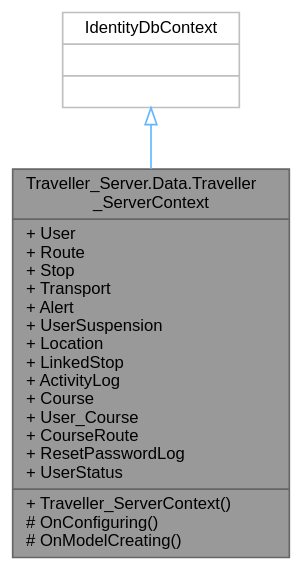
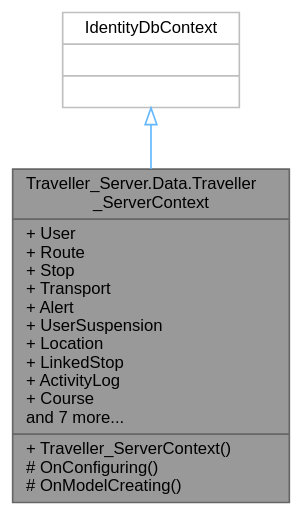
The diagram in Servidor/class_traveller___server_1_1_data_1_1_traveller___server_context__inherit__graph.dot (VenelinArgirov/manual-tecnico.github.io), drawn with Graphviz before and after one commit. The commit also changed 998 other files, not shown here.

```diff
--- a/Servidor/class_traveller___server_1_1_data_1_1_traveller___server_context__inherit__graph.dot
+++ b/Servidor/class_traveller___server_1_1_data_1_1_traveller___server_context__inherit__graph.dot
@@ -1,10 +1,10 @@
 digraph "Traveller_Server.Data.Traveller_ServerContext"
 {
  // LATEX_PDF_SIZE
   bgcolor="transparent";
   edge [fontname=Helvetica,fontsize=10,labelfontname=Helvetica,labelfontsize=10];
   node [fontname=Helvetica,fontsize=10,shape=box,height=0.2,width=0.4];
-  Node1 [shape=record,label="{Traveller_Server.Data.Traveller\l_ServerContext\n|+ User\l+ Route\l+ Stop\l+ Transport\l+ Alert\l+ UserSuspension\l+ Location\l+ LinkedStop\l+ ActivityLog\l+ Course\l+ User_Course\l+ CourseRoute\l+ ResetPasswordLog\l+ UserStatus\l|+ Traveller_ServerContext()\l# OnConfiguring()\l# OnModelCreating()\l}",height=0.2,width=0.4,color="gray40", fillcolor="grey60", style="filled", fontcolor="black",tooltip=" "];
+  Node1 [shape=record,label="{Traveller_Server.Data.Traveller\l_ServerContext\n|+ User\l+ Route\l+ Stop\l+ Transport\l+ Alert\l+ UserSuspension\l+ Location\l+ LinkedStop\l+ ActivityLog\l+ Course\land 7 more...\l|+ Traveller_ServerContext()\l# OnConfiguring()\l# OnModelCreating()\l}",height=0.2,width=0.4,color="gray40", fillcolor="grey60", style="filled", fontcolor="black",tooltip=" "];
   Node2 -> Node1 [dir="back",color="steelblue1",style="solid",arrowtail="onormal"];
   Node2 [shape=record,label="{IdentityDbContext\n||}",height=0.2,width=0.4,color="grey75", fillcolor="white", style="filled",tooltip=" "];
 }
```
